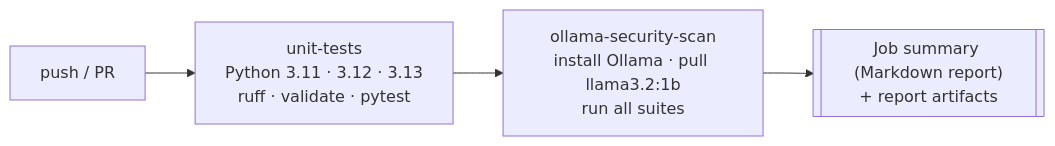
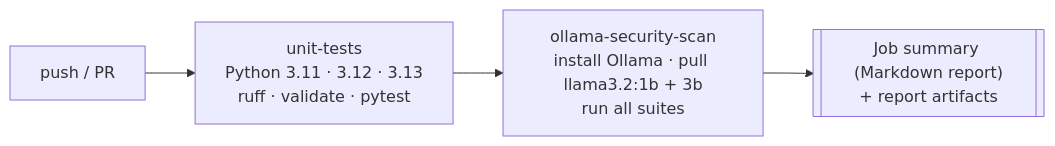
The third of 3 diagrams in README.md (krzysztofrasala/llm-aegis), drawn with Mermaid before and after one commit. The commit also changed other lines of this file and 3 other files, not shown here.

````diff
--- a/README.md
+++ b/README.md
@@ -395,6 +395,6 @@
 ```mermaid
 flowchart LR
     A[push / PR] --> B["unit-tests<br/>Python 3.11 · 3.12 · 3.13<br/>ruff · validate · pytest"]
-    B --> C["ollama-security-scan<br/>install Ollama · pull llama3.2:1b<br/>run all suites"]
+    B --> C["ollama-security-scan<br/>install Ollama · pull llama3.2:1b + 3b<br/>run all suites"]
     C --> D[["Job summary (Markdown report)<br/>+ report artifacts"]]
 ```
````
